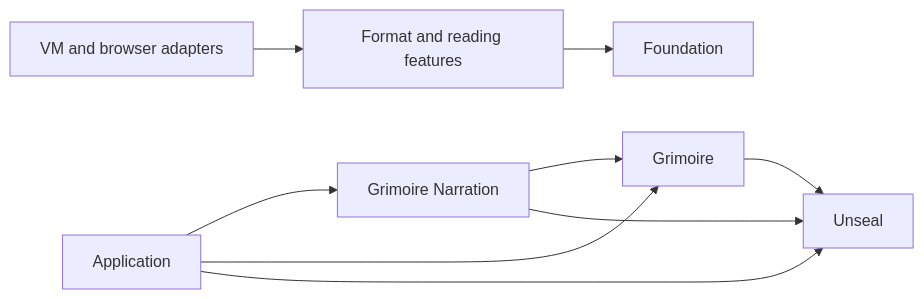
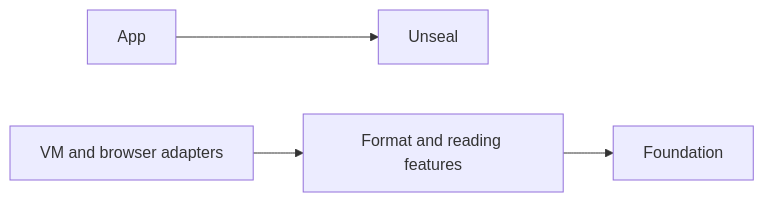
Before and after one commit to KaiqueFarias09/unseal: the diagram in docs/architecture.md, drawn with Mermaid. The commit also changed other lines of this file and 32 other files, not shown here.

Commit message:
📝 docs: replace completed plans with maintained guides and one roadmap

````diff
--- a/docs/architecture.md
+++ b/docs/architecture.md
@@ -24,12 +24,7 @@
 ```mermaid
 flowchart LR
-  App["Application"] --> Narration["Grimoire Narration"]
-  App --> Viewer["Grimoire"]
   App --> Unseal["Unseal"]
-  Narration --> Viewer
-  Narration --> Unseal
-  Viewer --> Unseal
 
   Features["Format and reading features"] --> Foundation["Foundation"]
   Platform["VM and browser adapters"] --> Features
 ```
````
